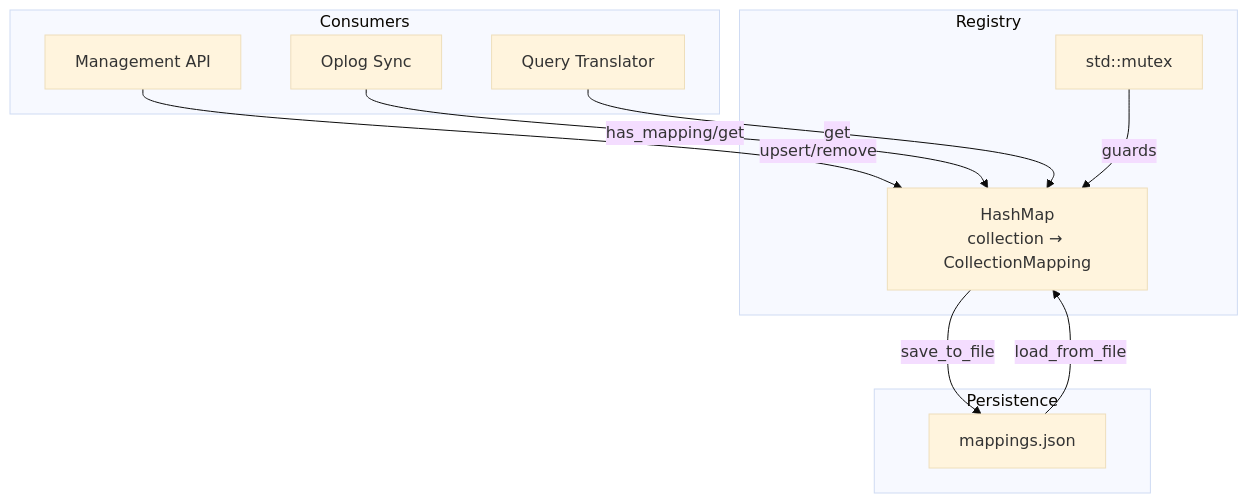
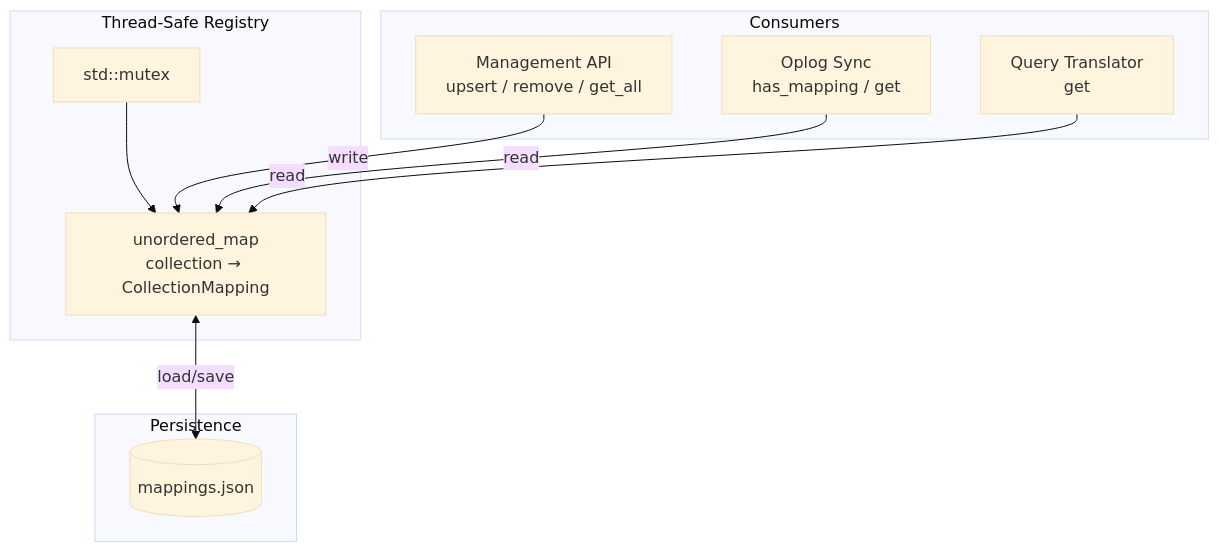
One commit to mrityunjaysharma/mongo-flux changed the fifth of 14 diagrams in docs/design.md. Above: the diagram before and after it, drawn with Mermaid (base theme). The commit also changed other lines of this file and 1 other file, not shown here.

````diff
--- a/docs/design.md
+++ b/docs/design.md
@@ -150,24 +176,21 @@
 ```mermaid
 graph TD
-    subgraph Registry
-        MAP[HashMap<br/>collection → CollectionMapping]
-        MUTEX[std::mutex]
+    subgraph "Thread-Safe Registry"
+        MUTEX[std::mutex] --> MAP[unordered_map<br/>collection → CollectionMapping]
     end
 
     subgraph Persistence
-        FILE[mappings.json]
+        FILE[(mappings.json)]
     end
 
     subgraph Consumers
-        OPLOG[Oplog Sync]
-        TRANSLATOR[Query Translator]
-        API[Management API]
+        OPLOG[Oplog Sync<br/>has_mapping / get]
+        TRANSLATOR[Query Translator<br/>get]
+        API[Management API<br/>upsert / remove / get_all]
     end
 
-    API -->|upsert/remove| MAP
-    OPLOG -->|has_mapping/get| MAP
-    TRANSLATOR -->|get| MAP
-    MAP -->|save_to_file| FILE
-    FILE -->|load_from_file| MAP
-    MUTEX -->|guards| MAP
+    API -->|write| MAP
+    OPLOG -->|read| MAP
+    TRANSLATOR -->|read| MAP
+    MAP <-->|load/save| FILE
 ```
````
